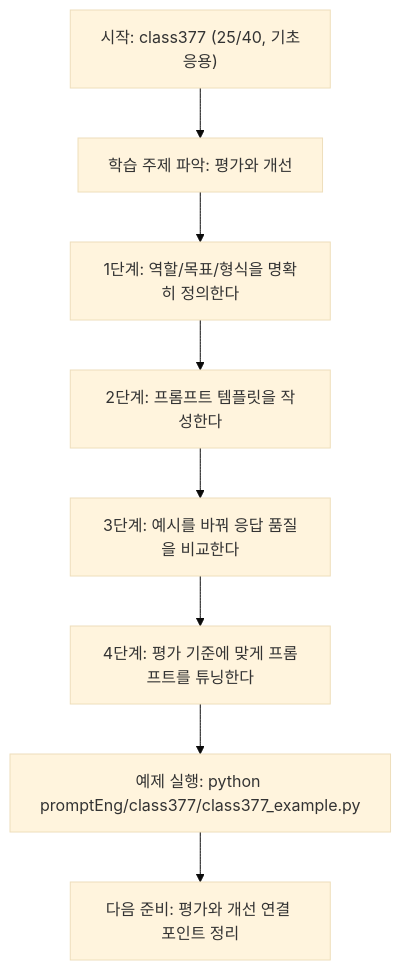
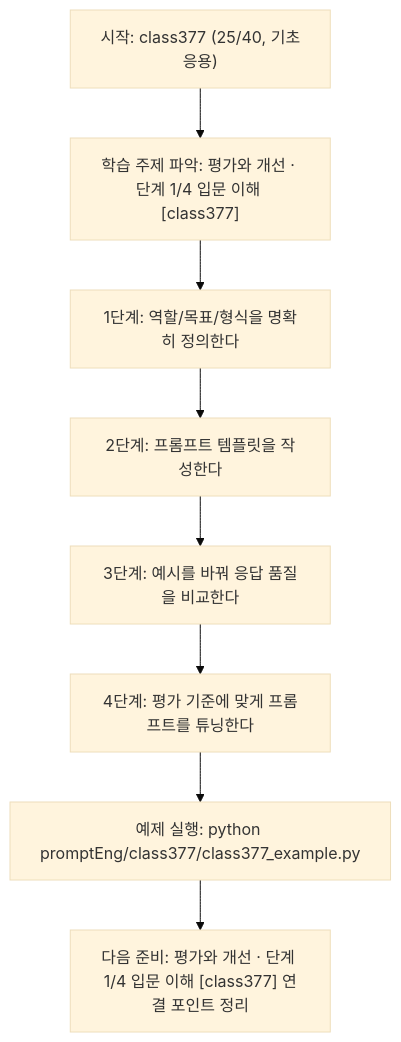
One commit to edumgt/Python-AI_Agent-Class changed the diagram in promptEng/class377/class377.md. Above: the diagram before and after it, drawn with Mermaid (base theme). The commit also changed other lines of this file and 522 other files, not shown here.

````diff
--- a/promptEng/class377/class377.md
+++ b/promptEng/class377/class377.md
@@ -108,18 +109,18 @@
 ```mermaid
 flowchart TD
 N1["시작: class377 (25/40, 기초응용)"]
-N2["학습 주제 파악: 평가와 개선"]
+N2["학습 주제 파악: 평가와 개선 · 단계 1/4 입문 이해 [class377]"]
 N3["1단계: 역할/목표/형식을 명확히 정의한다"]
 N4["2단계: 프롬프트 템플릿을 작성한다"]
 N5["3단계: 예시를 바꿔 응답 품질을 비교한다"]
 N6["4단계: 평가 기준에 맞게 프롬프트를 튜닝한다"]
 N7["예제 실행: python promptEng/class377/class377_example.py"]
-N8["다음 준비: 평가와 개선 연결 포인트 정리"]
+N8["다음 준비: 평가와 개선 · 단계 1/4 입문 이해 [class377] 연결 포인트 정리"]
 N1 --> N2
 N2 --> N3
 N3 --> N4
 N4 --> N5
 N5 --> N6
 N6 --> N7
 N7 --> N8
 ```
````
